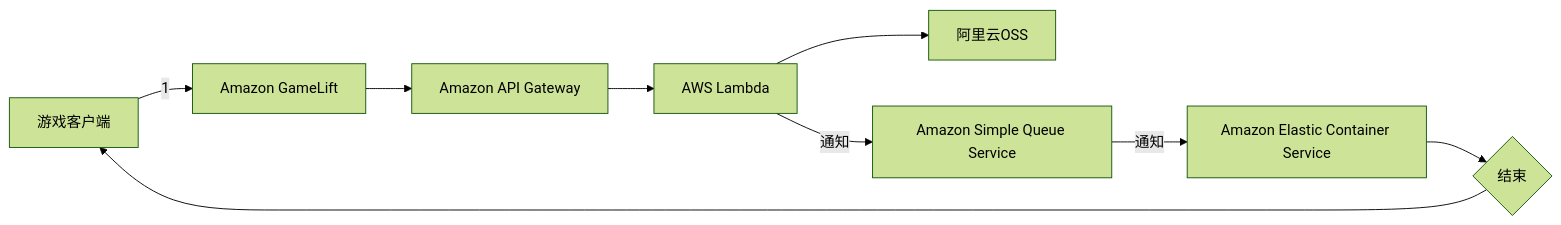
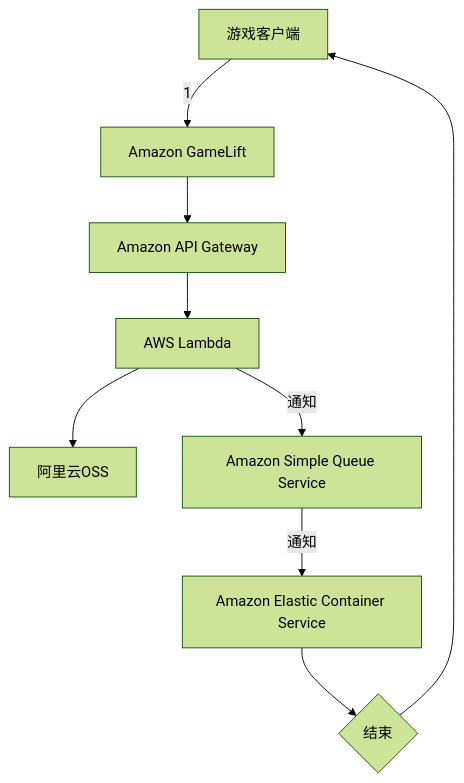
One commit to zade23/iodraw-files changed the diagram in all/未命名-1.md. Above: the diagram before and after it, drawn with Mermaid (forest theme).

Commit message:
2024-11-25 17:57:22 update

````diff
--- a/all/未命名-1.md
+++ b/all/未命名-1.md
@@ -1,13 +1,13 @@
 ```mermaid
-graph LR
+graph 
     A[游戏客户端] -->|1| B[Amazon GameLift]
     B --> C[Amazon API Gateway]
     C --> D[AWS Lambda]
     D --> E[阿里云OSS]
     D -->|通知| F[Amazon Simple Queue Service]
     F -->|通知| G[Amazon Elastic Container Service]
     G --> H{结束}
     H --> A
 
 
 ```
````
